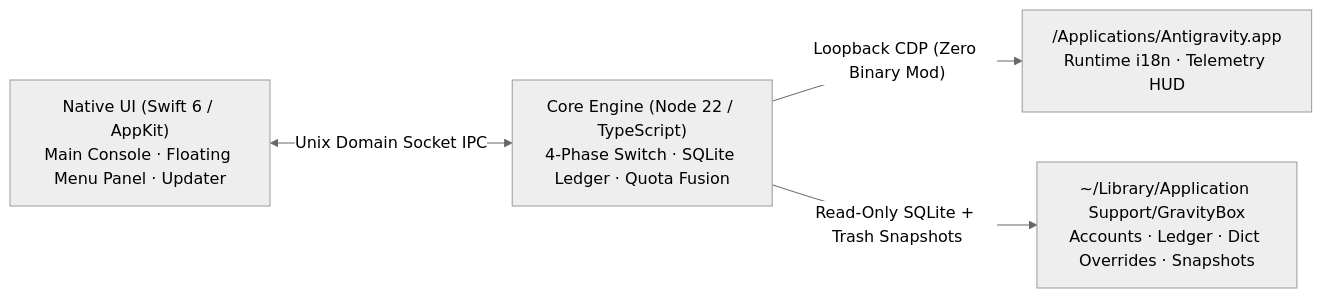
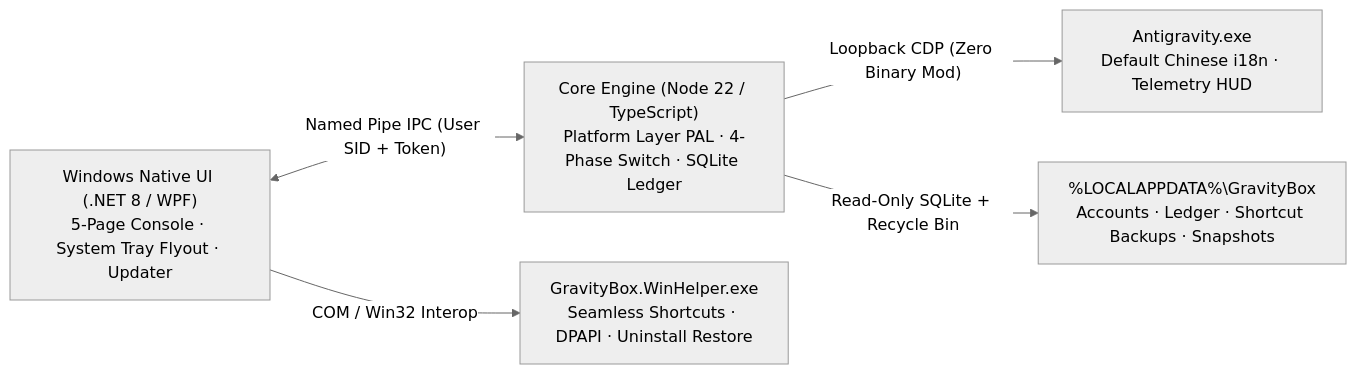
The diagram in README.md (Rss3208/gravitybox-win), drawn with Mermaid (neutral theme) before and after one commit. The commit also changed other lines of this file and 49 other files, not shown here.

First line of the commit message:
docs: prepare open-source release of GravityBox for Windows (Rss3208/gravitybox-win)

````diff
--- a/README.md
+++ b/README.md
@@ -267,6 +246,7 @@
 ```mermaid
 flowchart LR
-  UI["Native UI (Swift 6 / AppKit)<br/>Main Console · Floating Menu Panel · Updater"] <-->|"Unix Domain Socket IPC"| Core["Core Engine (Node 22 / TypeScript)<br/>4-Phase Switch · SQLite Ledger · Quota Fusion"]
-  Core -->|"Loopback CDP (Zero Binary Mod)"| IDE["/Applications/Antigravity.app<br/>Runtime i18n · Telemetry HUD"]
-  Core -->|"Read-Only SQLite + Trash Snapshots"| Local["~/Library/Application Support/GravityBox<br/>Accounts · Ledger · Dict Overrides · Snapshots"]
+  UI["Windows Native UI (.NET 8 / WPF)<br/>5-Page Console · System Tray Flyout · Updater"] <-->|"Named Pipe IPC (User SID + Token)"| Core["Core Engine (Node 22 / TypeScript)<br/>Platform Layer PAL · 4-Phase Switch · SQLite Ledger"]
+  UI -->|"COM / Win32 Interop"| Helper["GravityBox.WinHelper.exe<br/>Seamless Shortcuts · DPAPI · Uninstall Restore"]
+  Core -->|"Loopback CDP (Zero Binary Mod)"| IDE["Antigravity.exe<br/>Default Chinese i18n · Telemetry HUD"]
+  Core -->|"Read-Only SQLite + Recycle Bin"| Local["%LOCALAPPDATA%\GravityBox<br/>Accounts · Ledger · Shortcut Backups · Snapshots"]
 ```
````
